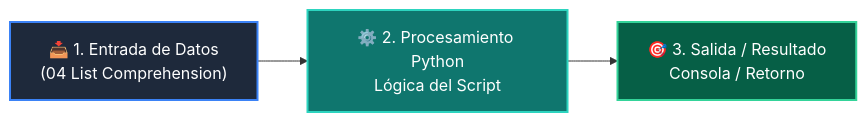
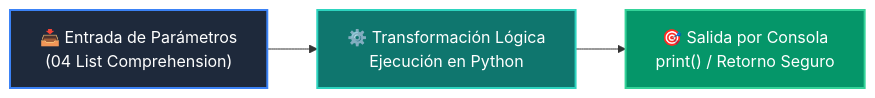
The diagram in 01-fundamentos-python/clase-05-listas-y-colecciones/ejemplos/ejemplo_04_list_comprehension/README.md (wisrovi/wisrovi-python), drawn with Mermaid before and after one commit. The commit also changed other lines of this file and 226 other files, not shown here.

Commit message:
docs: elevate all repository READMEs to world-class mastery standard with rich pedagogical architecture, custom Mermaids, and professional styling

````diff
--- a/01-fundamentos-python/clase-05-listas-y-colecciones/ejemplos/ejemplo_04_list_comprehension/README.md
+++ b/01-fundamentos-python/clase-05-listas-y-colecciones/ejemplos/ejemplo_04_list_comprehension/README.md
@@ -12,9 +19,9 @@
 ```mermaid
 flowchart LR
-    A["📥 1. Entrada de Datos<br/>(04 List Comprehension)"] --> B["⚙️ 2. Procesamiento Python<br/>Lógica del Script"]
-    B --> C["🎯 3. Salida / Resultado<br/>Consola / Retorno"]
+    A["📥 Entrada de Parámetros<br/>(04 List Comprehension)"] --> B["⚙️ Transformación Lógica<br/>Ejecución en Python"]
+    B --> C["🎯 Salida por Consola<br/>print() / Retorno Seguro"]
 
-    style A fill:#1e293b,color:#fff,stroke:#3b82f6,stroke-width:2px
-    style B fill:#0f766e,color:#fff,stroke:#2dd4bf,stroke-width:2px
-    style C fill:#065f46,color:#fff,stroke:#34d399,stroke-width:2px
+    style A fill:#1e293b,color:#ffffff,stroke:#3b82f6,stroke-width:2px
+    style B fill:#0f766e,color:#ffffff,stroke:#2dd4bf,stroke-width:2px
+    style C fill:#059669,color:#ffffff,stroke:#34d399,stroke-width:2px
 ```
````
